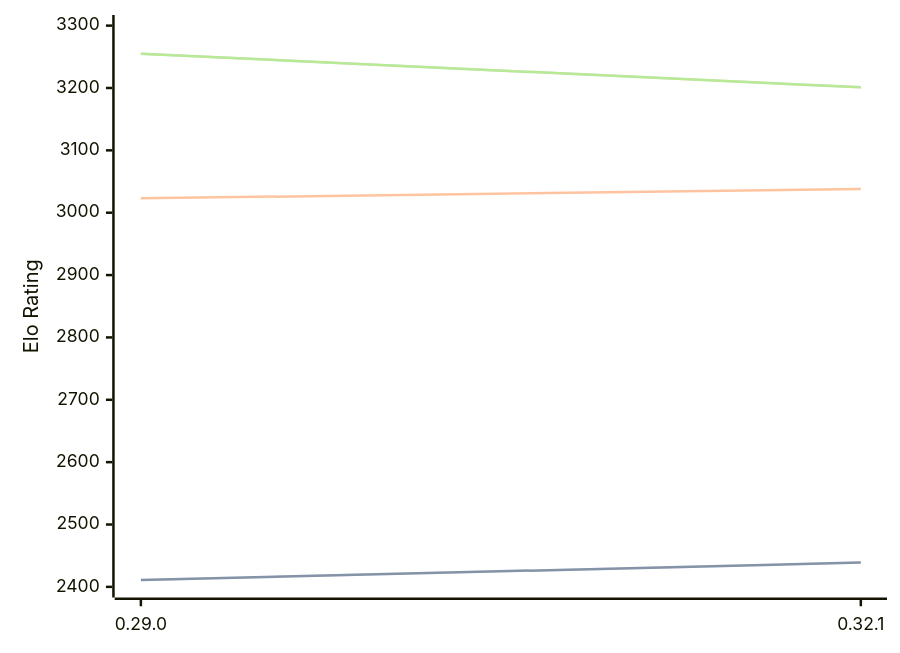
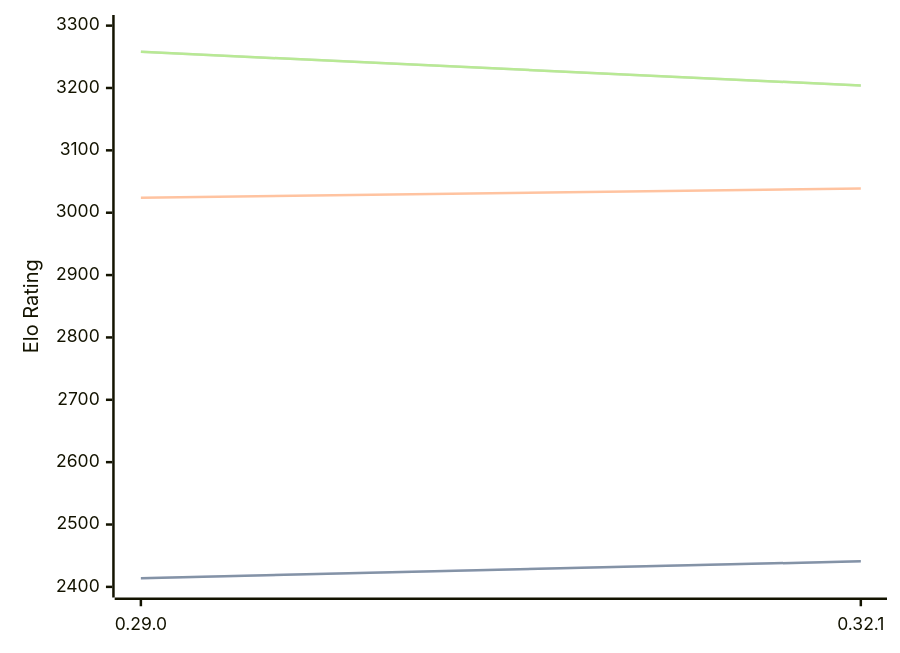
The diagram in engines/Lc0.md (computer-chess-index/cci), drawn with Mermaid before and after one commit. The commit also changed other lines of this file, not shown here.

Commit message:
Update CCI Ratings (ELO VLTC) - 2026-04-11

````diff
--- a/engines/Lc0.md
+++ b/engines/Lc0.md
@@ -68,11 +68,11 @@
 ```mermaid
 %%{init: {"theme":"base","themeVariables":{"seriesColors:['#a3a3a3','#222221','#faa371']}}}%%
 xychart-beta
   x-axis ["0.29.0", "0.32.1"]
   y-axis "Elo Rating" 2400 --> 3300
-  line "STC (8.0+0.08s)" [2411, 2439]
-  line "STC (8.0+0.08s)" [2411, 2439]
-  line "LTC (60.0+0.60s)" [3023, 3038]
-  line "VLTC (2m24s+1.12s)" [3255, 3201]
-  line "VLTC (2m24s+1.12s)" [3255, 3201]
+  line "STC (8.0+0.08s)" [2414, 2441]
+  line "STC (8.0+0.08s)" [2414, 2441]
+  line "LTC (60.0+0.60s)" [3024, 3039]
+  line "VLTC (2m24s+1.12s)" [3258, 3204]
+  line "VLTC (2m24s+1.12s)" [3258, 3204]
 ```
````
